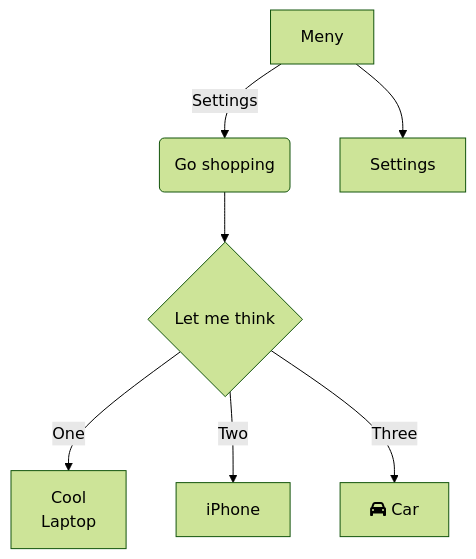
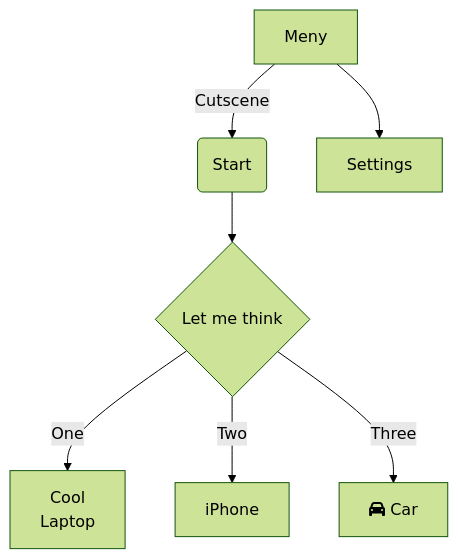
Before and after one commit to WilleGyr/Project-Intro-Ingenjorsarbete: the diagram in Dokumentation/Planering.mmd, drawn with Mermaid (forest theme).

```diff
--- a/Dokumentation/Planering.mmd
+++ b/Dokumentation/Planering.mmd
@@ -1,7 +1,7 @@
 graph TD
-    A[Meny] -->|Settings| B(Go shopping)
+    A[Meny] -->|Cutscene| B(Start)
     A[Meny] --> Settings
     B --> C{Let me think}
     C -->|One| D["Cool <br> Laptop"]
     C -->|Two| E[iPhone]
     C -->|Three| F[fa:fa-car Car]
```
